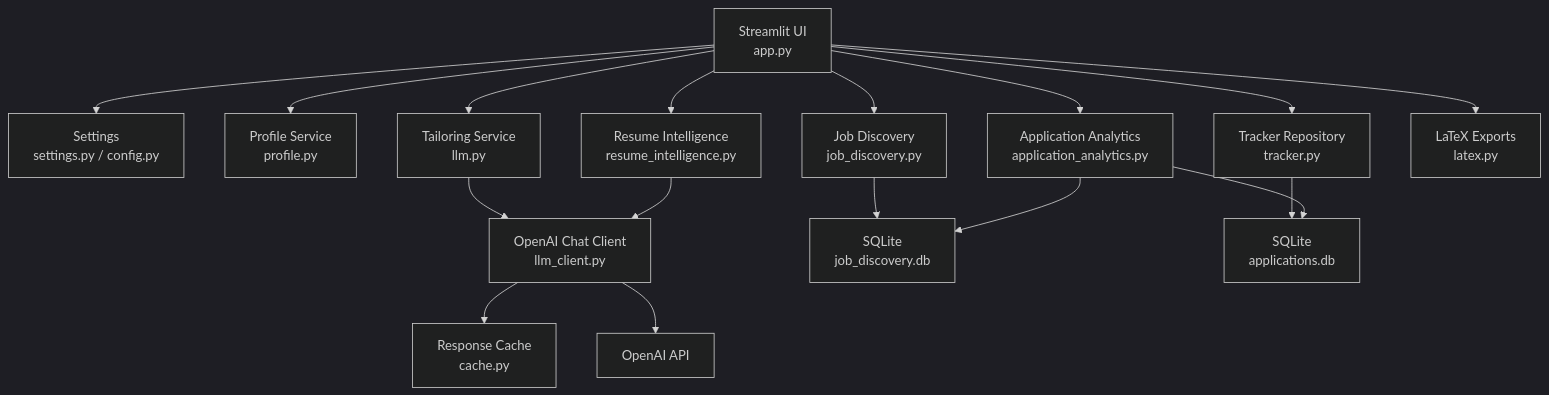
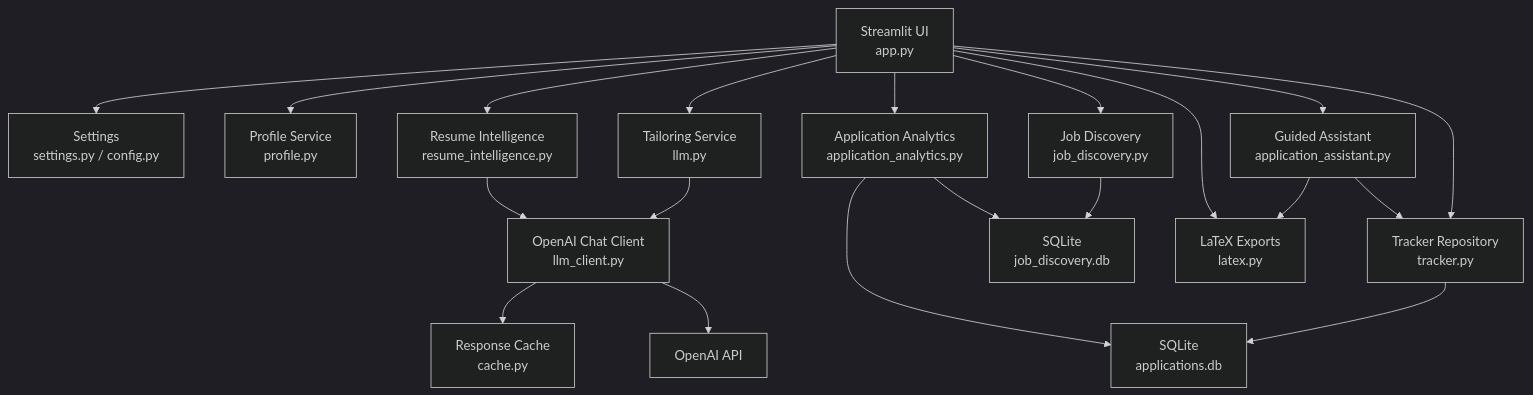
The diagram in docs/architecture.md (SyedMuhammadHuzaiffa/AI-Job-Application-CoPilot), drawn with Mermaid (dark theme) before and after one commit. The commit also changed other lines of this file and 10 other files, not shown here.

Commit message:
Add guided application assistant workflow

````diff
--- a/docs/architecture.md
+++ b/docs/architecture.md
@@ -5,19 +5,22 @@
 ```mermaid
 flowchart TD
     UI["Streamlit UI\napp.py"] --> Settings["Settings\nsettings.py / config.py"]
     UI --> Profile["Profile Service\nprofile.py"]
     UI --> Tailoring["Tailoring Service\nllm.py"]
     UI --> ResumeIntel["Resume Intelligence\nresume_intelligence.py"]
     UI --> Discovery["Job Discovery\njob_discovery.py"]
+    UI --> Assistant["Guided Assistant\napplication_assistant.py"]
     UI --> Analytics["Application Analytics\napplication_analytics.py"]
     UI --> Tracker["Tracker Repository\ntracker.py"]
     Tailoring --> LLMClient["OpenAI Chat Client\nllm_client.py"]
     ResumeIntel --> LLMClient
     LLMClient --> Cache["Response Cache\ncache.py"]
     LLMClient --> OpenAI["OpenAI API"]
     Discovery --> JobDB["SQLite\njob_discovery.db"]
     Tracker --> AppDB["SQLite\napplications.db"]
     Analytics --> AppDB
     Analytics --> JobDB
+    Assistant --> Tracker
+    Assistant --> Latex
     UI --> Latex["LaTeX Exports\nlatex.py"]
 ```
````
